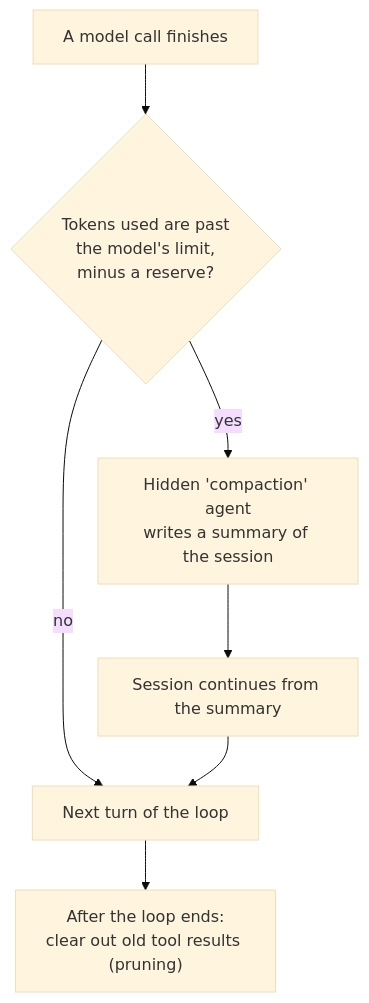
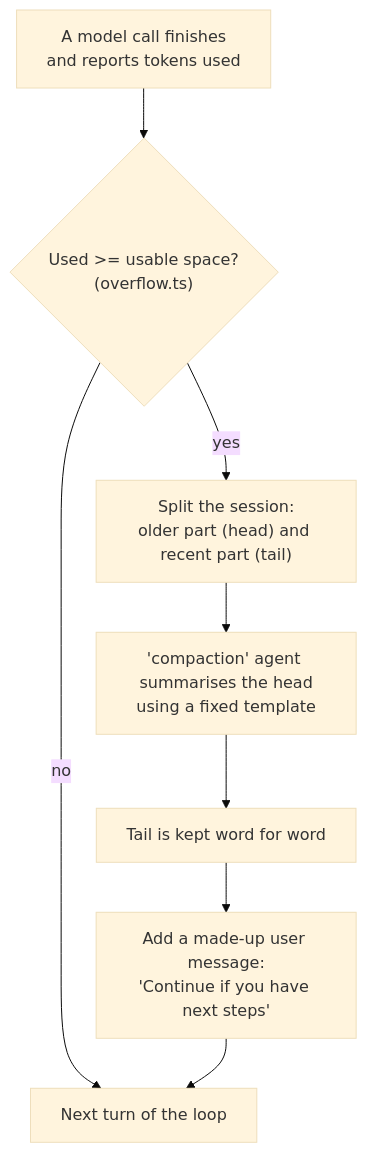
The third of 3 diagrams in apps/opencode.md (alwintwk/how-ai-agents-work), drawn with Mermaid (base theme) before and after one commit. The commit also changed other lines of this file and 9 other files, not shown here.

````diff
--- a/apps/opencode.md
+++ b/apps/opencode.md
@@ -70,9 +165,10 @@
 ```mermaid
 flowchart TD
-  A["A model call finishes"] --> B{"Tokens used are past<br/>the model's limit,<br/>minus a reserve?"}
+  A["A model call finishes<br/>and reports tokens used"] --> B{"Used >= usable space?<br/>(overflow.ts)"}
   B -- "no" --> C["Next turn of the loop"]
-  B -- "yes" --> D["Hidden 'compaction' agent<br/>writes a summary of the session"]
-  D --> E["Session continues from the summary"]
-  E --> C
-  C --> F["After the loop ends:<br/>clear out old tool results (pruning)"]
+  B -- "yes" --> D["Split the session:<br/>older part (head) and recent part (tail)"]
+  D --> E["'compaction' agent summarises the head<br/>using a fixed template"]
+  E --> F["Tail is kept word for word"]
+  F --> G["Add a made-up user message:<br/>'Continue if you have next steps'"]
+  G --> C
 ```
````
